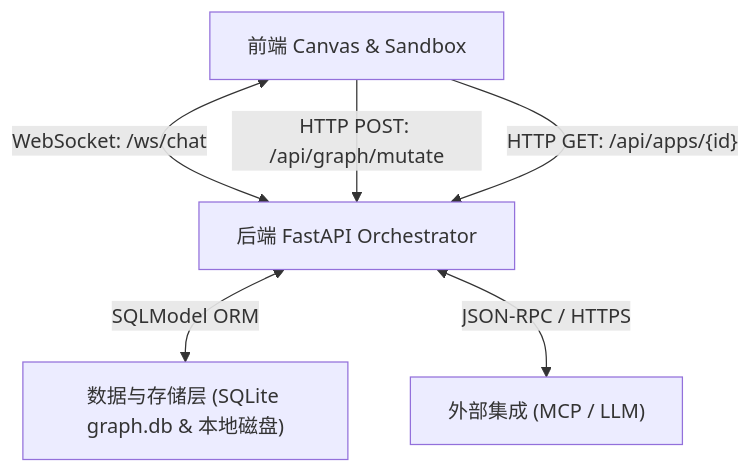
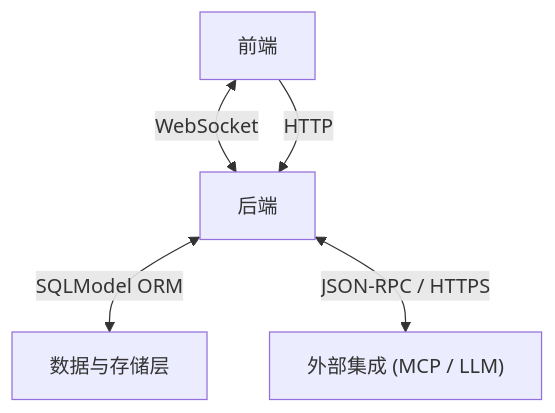
One commit to BillShiyaoZhang/ambient-agent changed the first of 5 diagrams in docs/architecture/overview.md. Above: the diagram before and after it, drawn with Mermaid. The commit also changed other lines of this file and 10 other files, not shown here.

````diff
--- a/docs/architecture/overview.md
+++ b/docs/architecture/overview.md
@@ -13,8 +13,7 @@
 ```mermaid
 graph TB
-    Frontend["前端 Canvas & Sandbox"] <-->|WebSocket: /ws/chat| Backend["后端 FastAPI Orchestrator"]
-    Frontend -->|HTTP POST: /api/graph/mutate| Backend
-    Frontend -->|"HTTP GET: /api/apps/{id}"| Backend
-    Backend <-->|SQLModel ORM| Data["数据与存储层 (SQLite graph.db & 本地磁盘)"]
+    Frontend["前端"] <-->|WebSocket| Backend["后端"]
+    Frontend -->|HTTP| Backend
+    Backend <-->|SQLModel ORM| Data["数据与存储层"]
     Backend <-->|JSON-RPC / HTTPS| External["外部集成 (MCP / LLM)"]
 ```
````
